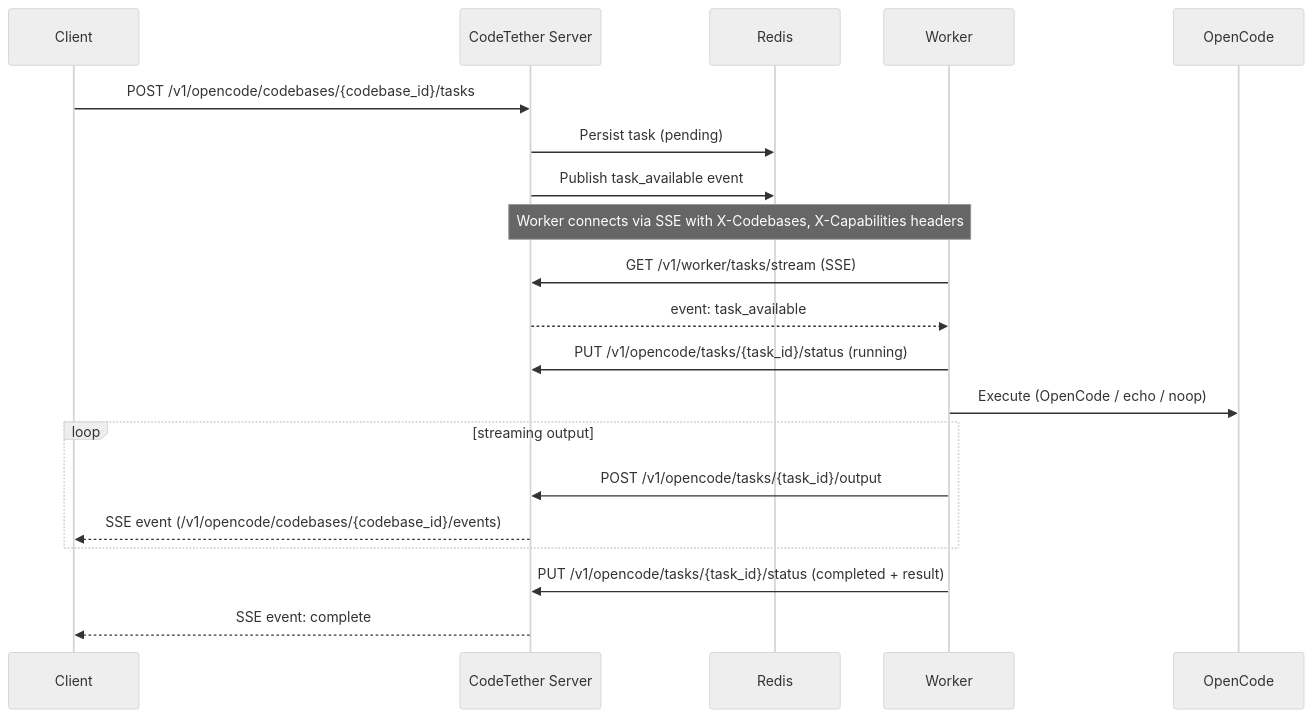
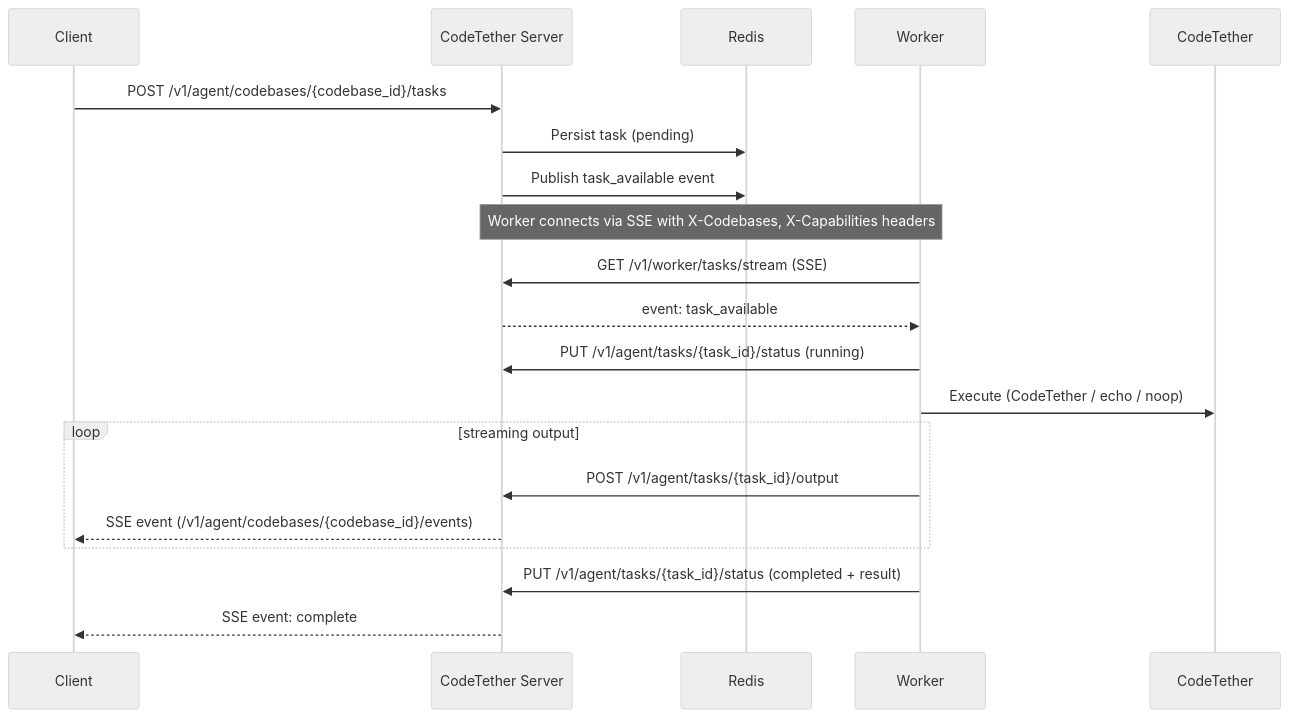
Before and after one commit to rileyseaburg/codetether: the second of 3 diagrams in codetether-docs/concepts/architecture.md, drawn with Mermaid (neutral theme). The commit also changed other lines of this file and 26 other files, not shown here.

````diff
--- a/codetether-docs/concepts/architecture.md
+++ b/codetether-docs/concepts/architecture.md
@@ -139,27 +139,27 @@
 ```mermaid
 sequenceDiagram
     participant C as Client
     participant S as CodeTether Server
     participant R as Redis
     participant W as Worker
-    participant O as OpenCode
+    participant O as CodeTether
 
-    C->>S: POST /v1/opencode/codebases/{codebase_id}/tasks
+    C->>S: POST /v1/agent/codebases/{codebase_id}/tasks
     S->>R: Persist task (pending)
     S->>R: Publish task_available event
 
     Note over W,S: Worker connects via SSE with X-Codebases, X-Capabilities headers
     W->>S: GET /v1/worker/tasks/stream (SSE)
     S-->>W: event: task_available
 
-    W->>S: PUT /v1/opencode/tasks/{task_id}/status (running)
-    W->>O: Execute (OpenCode / echo / noop)
+    W->>S: PUT /v1/agent/tasks/{task_id}/status (running)
+    W->>O: Execute (CodeTether / echo / noop)
 
     loop streaming output
-        W->>S: POST /v1/opencode/tasks/{task_id}/output
-        S-->>C: SSE event (/v1/opencode/codebases/{codebase_id}/events)
+        W->>S: POST /v1/agent/tasks/{task_id}/output
+        S-->>C: SSE event (/v1/agent/codebases/{codebase_id}/events)
     end
 
-    W->>S: PUT /v1/opencode/tasks/{task_id}/status (completed + result)
+    W->>S: PUT /v1/agent/tasks/{task_id}/status (completed + result)
     S-->>C: SSE event: complete
 ```
````
